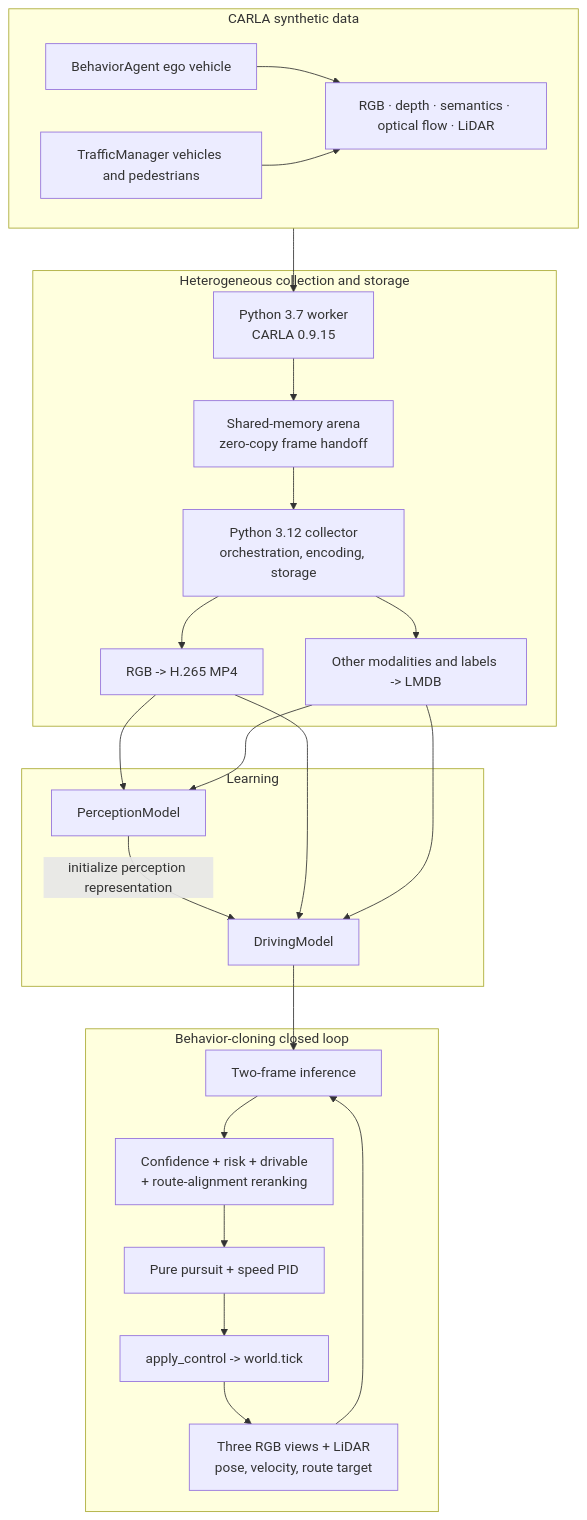
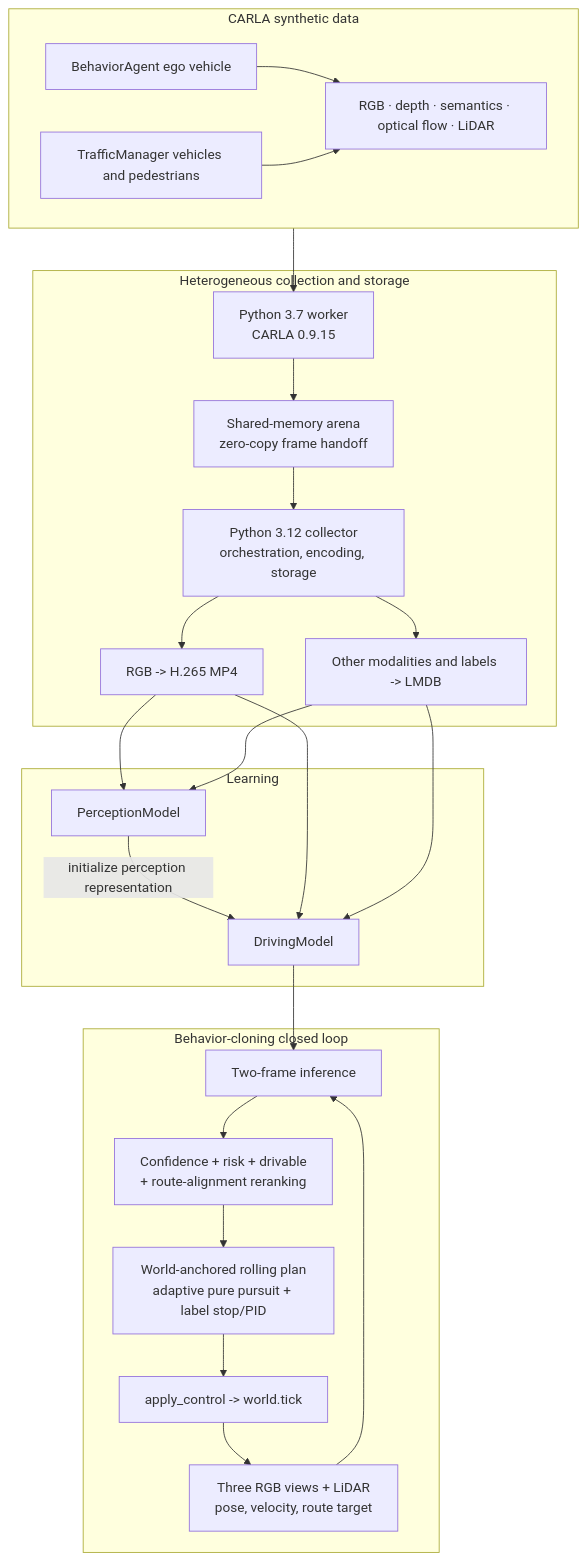
One commit to ByteDriveTeam/ByteDrive-Toy changed the second of 4 diagrams in README.md. Above: the diagram before and after it, drawn with Mermaid. The commit also changed other lines of this file and 23 other files, not shown here.

````diff
--- a/README.md
+++ b/README.md
@@ -120,39 +120,39 @@
 ```mermaid
 flowchart TB
     subgraph SIM["CARLA synthetic data"]
         C1["BehaviorAgent ego vehicle"]
         C2["TrafficManager vehicles and pedestrians"]
         C3["RGB · depth · semantics · optical flow · LiDAR"]
         C1 --> C3
         C2 --> C3
     end
     subgraph STORE["Heterogeneous collection and storage"]
         W["Python 3.7 worker<br/>CARLA 0.9.15"]
         SHM["Shared-memory arena<br/>zero-copy frame handoff"]
         COL["Python 3.12 collector<br/>orchestration, encoding, storage"]
         MP4["RGB -> H.265 MP4"]
         DB["Other modalities and labels -> LMDB"]
         W --> SHM --> COL
         COL --> MP4
         COL --> DB
     end
     subgraph LEARN["Learning"]
         P["PerceptionModel"]
         D["DrivingModel"]
         P -->|"initialize perception representation"| D
     end
     subgraph CLOSED["Behavior-cloning closed loop"]
         OBS["Three RGB views + LiDAR<br/>pose, velocity, route target"]
         INF["Two-frame inference"]
         SELECT["Confidence + risk + drivable<br/>+ route-alignment reranking"]
-        CTRL["Pure pursuit + speed PID"]
+        CTRL["World-anchored rolling plan<br/>adaptive pure pursuit + label stop/PID"]
         STEP["apply_control -> world.tick"]
         OBS --> INF --> SELECT --> CTRL --> STEP --> OBS
     end
     SIM --> W
     MP4 --> P
     DB --> P
     MP4 --> D
     DB --> D
     D --> INF
 ```
````
